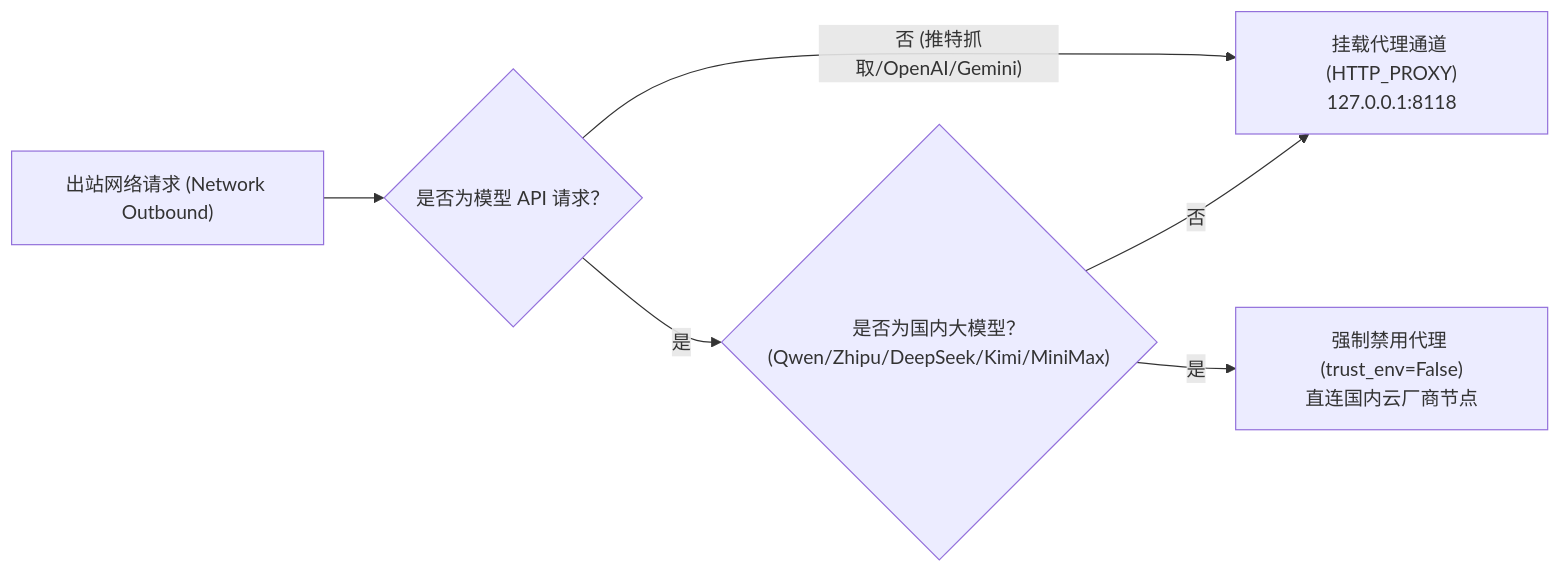
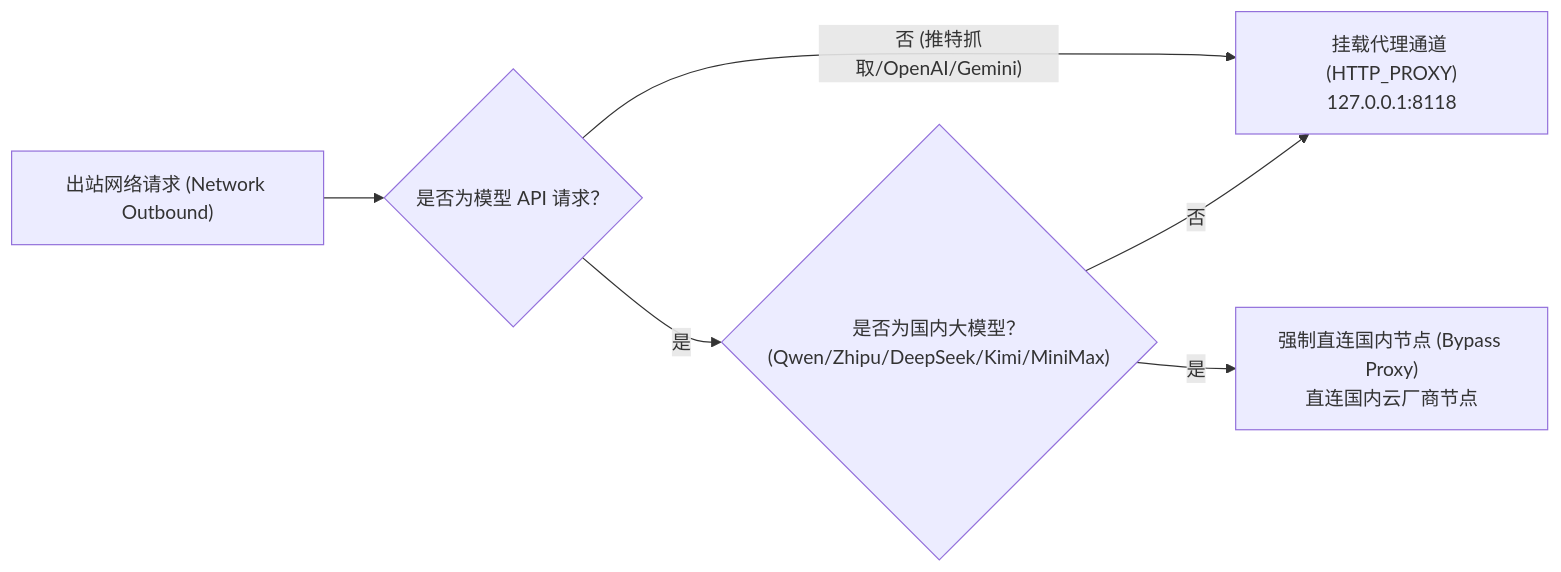
Before and after one commit to monkeychen/xtract: the third of 3 diagrams in docs/architecture.md, drawn with Mermaid. The commit also changed other lines of this file and 2 other files, not shown here.

Commit message:
docs: align uml diagrams and runtime details across docs with typescript architecture

````diff
--- a/docs/architecture.md
+++ b/docs/architecture.md
@@ -179,12 +179,12 @@
 ```mermaid
 flowchart LR
     Request["出站网络请求 (Network Outbound)"]
     IsLLM{"是否为模型 API 请求？"}
     IsDomestic{"是否为国内大模型？\n(Qwen/Zhipu/DeepSeek/Kimi/MiniMax)"}
     
     Request --> IsLLM
     IsLLM -- "否 (推特抓取/OpenAI/Gemini)" --> ProxyRoute["挂载代理通道 (HTTP_PROXY)\n127.0.0.1:8118"]
     IsLLM -- "是" --> IsDomestic
-    IsDomestic -- "是" --> DirectRoute["强制禁用代理 (trust_env=False)\n直连国内云厂商节点"]
+    IsDomestic -- "是" --> DirectRoute["强制直连国内节点 (Bypass Proxy)\n直连国内云厂商节点"]
     IsDomestic -- "否" --> ProxyRoute
 ```
````
